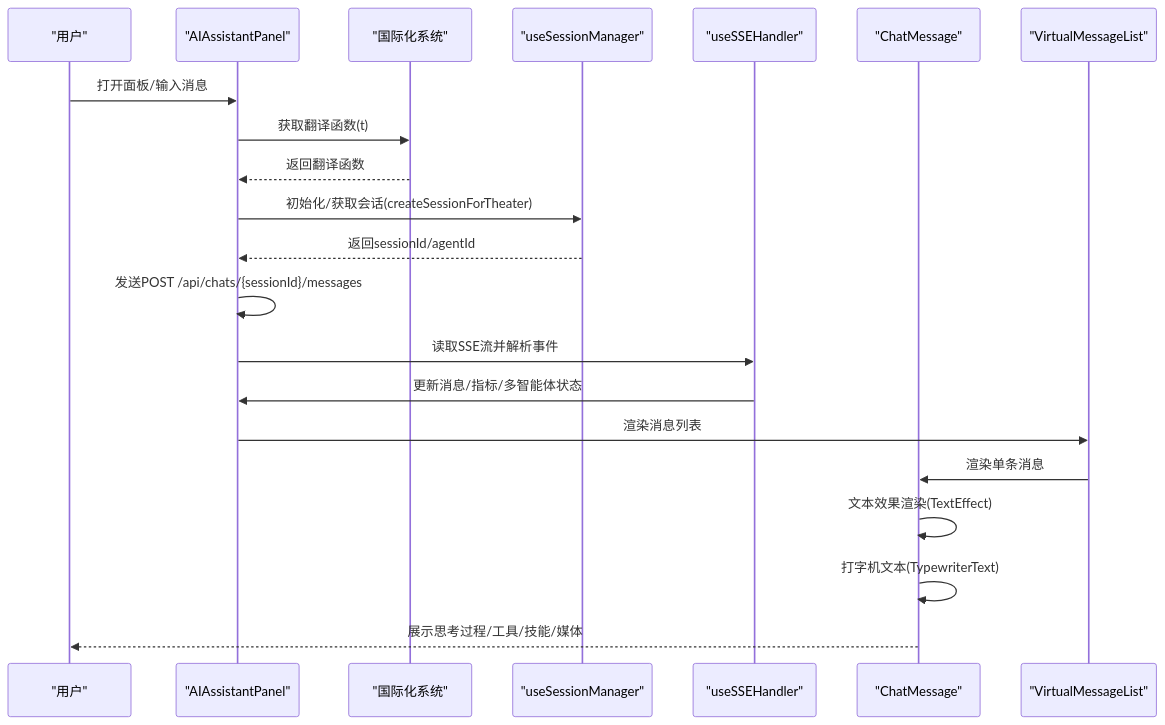
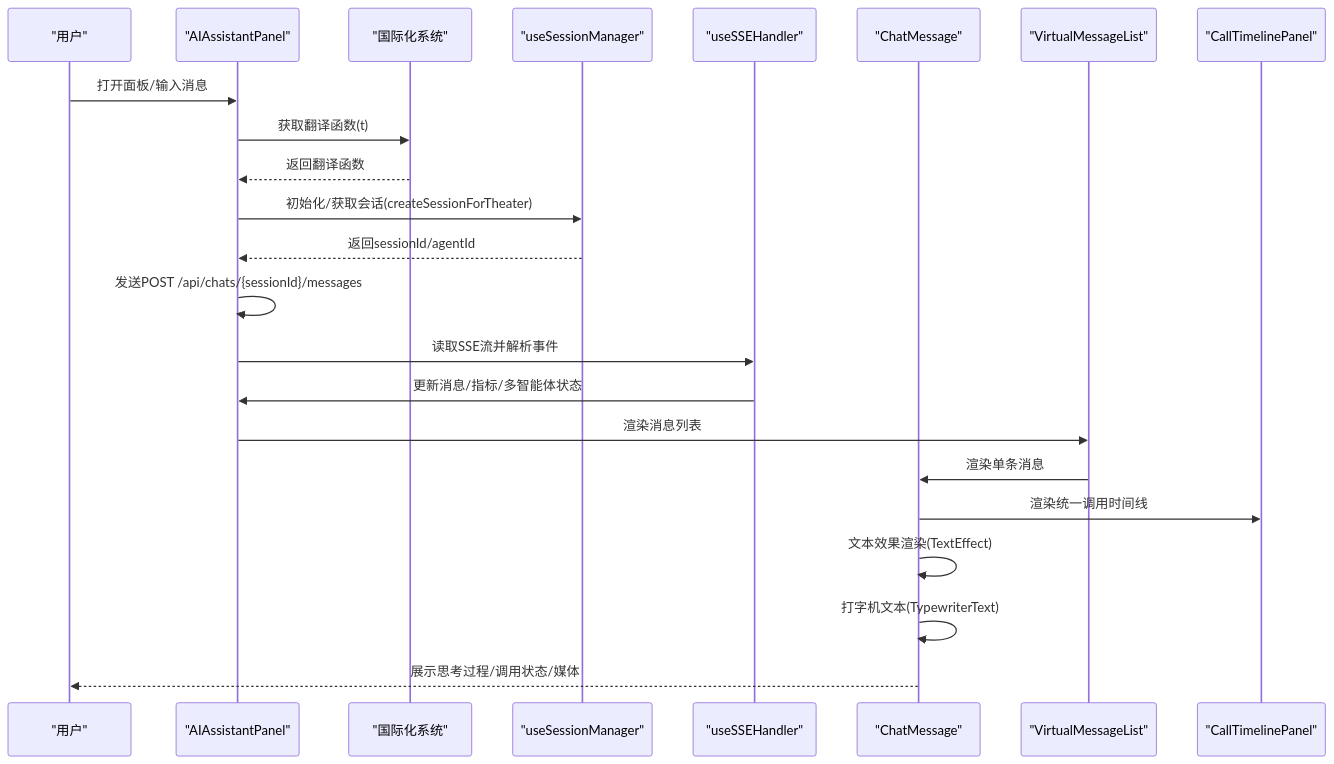
One commit to KunLabAI/KunFlix changed the second of 16 diagrams in .qoder/repowiki/zh/content/系统架构/前端架构/组件架构/AI助手组件/AI助手组件.md. Above: the diagram before and after it, drawn with Mermaid. The commit also changed other lines of this file and 18 other files, not shown here.

````diff
--- a/.qoder/repowiki/zh/content/系统架构/前端架构/组件架构/AI助手组件/AI助手组件.md
+++ b/.qoder/repowiki/zh/content/系统架构/前端架构/组件架构/AI助手组件/AI助手组件.md
@@ -182,23 +184,25 @@
 ```mermaid
 sequenceDiagram
 participant U as "用户"
 participant P as "AIAssistantPanel"
 participant N as "国际化系统"
 participant S as "useSessionManager"
 participant SSE as "useSSEHandler"
 participant M as "ChatMessage"
 participant V as "VirtualMessageList"
+participant CT as "CallTimelinePanel"
 U->>P : 打开面板/输入消息
 P->>N : 获取翻译函数(t)
 N-->>P : 返回翻译函数
 P->>S : 初始化/获取会话(createSessionForTheater)
 S-->>P : 返回sessionId/agentId
 P->>P : 发送POST /api/chats/{sessionId}/messages
 P->>SSE : 读取SSE流并解析事件
 SSE->>P : 更新消息/指标/多智能体状态
 P->>V : 渲染消息列表
 V->>M : 渲染单条消息
+M->>CT : 渲染统一调用时间线
 M->>M : 文本效果渲染(TextEffect)
 M->>M : 打字机文本(TypewriterText)
-M-->>U : 展示思考过程/工具/技能/媒体
+M-->>U : 展示思考过程/调用状态/媒体
 ```
````
